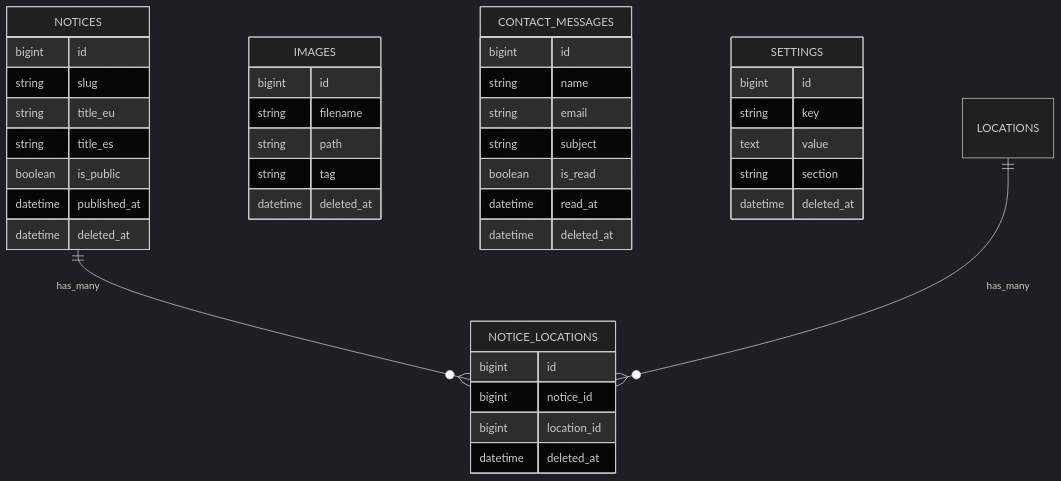
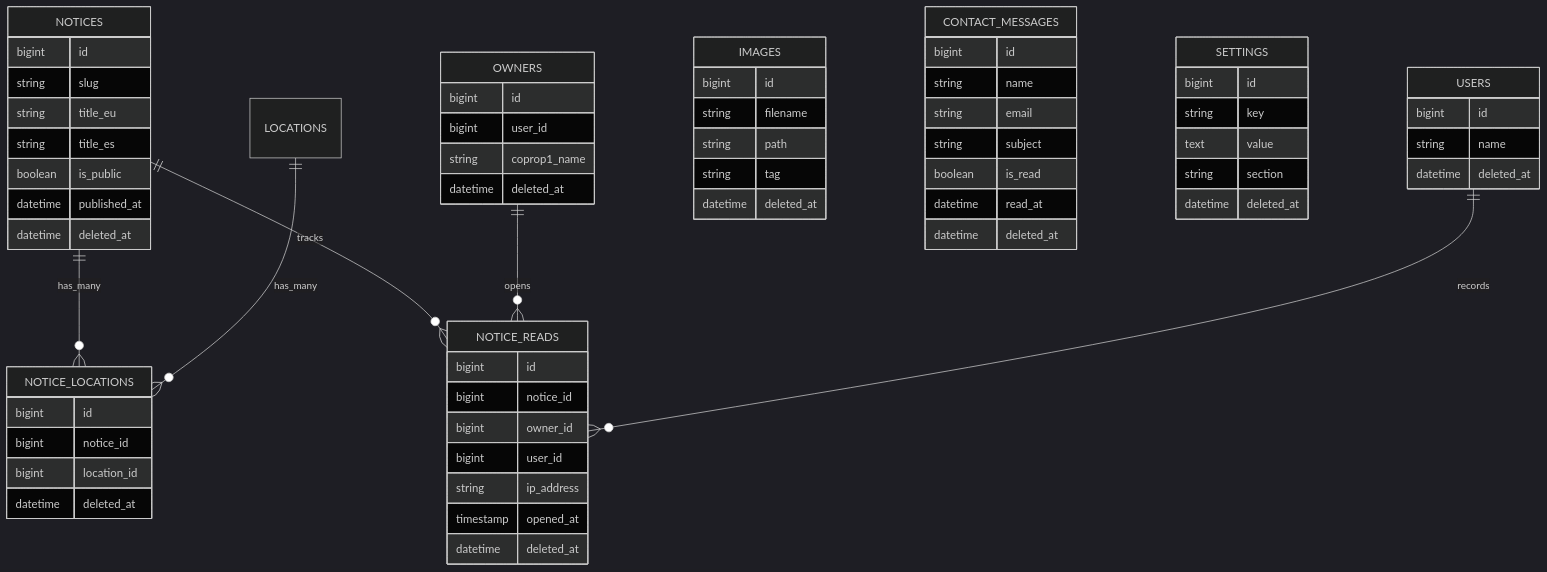
The ninth of 11 diagrams in .github/skills/database-schema-mermaid/SKILL.md (amaiagalvez/madaia33), drawn with Mermaid (dark theme) before and after one commit. The commit also changed other lines of this file and 44 other files, not shown here.

````diff
--- a/.github/skills/database-schema-mermaid/SKILL.md
+++ b/.github/skills/database-schema-mermaid/SKILL.md
@@ -392,48 +395,74 @@
 ```mermaid
 erDiagram
     NOTICES {
         bigint id
         string slug
         string title_eu
         string title_es
         boolean is_public
         datetime published_at
         datetime deleted_at
     }
 
     NOTICE_LOCATIONS {
         bigint id
         bigint notice_id
         bigint location_id
+        datetime deleted_at
+    }
+
+    NOTICE_READS {
+        bigint id
+        bigint notice_id
+        bigint owner_id
+        bigint user_id
+        string ip_address
+        timestamp opened_at
+        datetime deleted_at
+    }
+
+    OWNERS {
+        bigint id
+        bigint user_id
+        string coprop1_name
+        datetime deleted_at
+    }
+
+    USERS {
+        bigint id
+        string name
         datetime deleted_at
     }
 
     IMAGES {
         bigint id
         string filename
         string path
         string tag
         datetime deleted_at
     }
 
     CONTACT_MESSAGES {
         bigint id
         string name
         string email
         string subject
         boolean is_read
         datetime read_at
         datetime deleted_at
     }
 
     SETTINGS {
         bigint id
         string key
         text value
         string section
         datetime deleted_at
     }
 
     NOTICES ||--o{ NOTICE_LOCATIONS : has_many
+    NOTICES ||--o{ NOTICE_READS : tracks
     LOCATIONS ||--o{ NOTICE_LOCATIONS : has_many
+    OWNERS ||--o{ NOTICE_READS : opens
+    USERS ||--o{ NOTICE_READS : records
 ```
````
